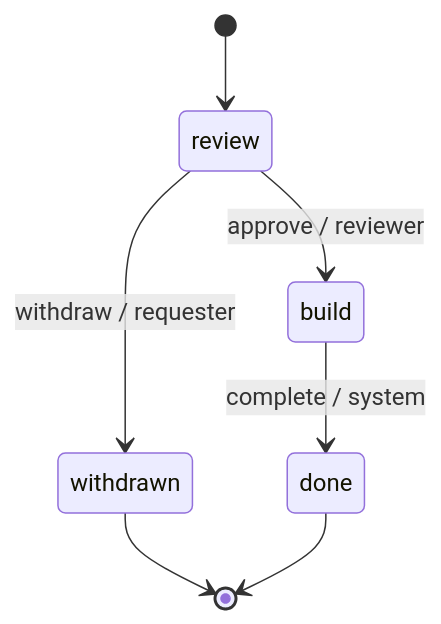
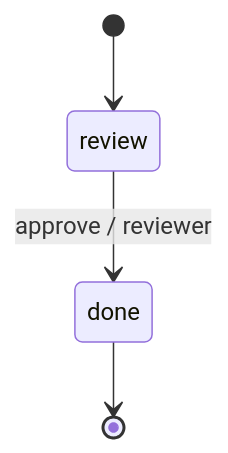
Before and after one commit to teopeurt/flowkit: the tenth of 10 diagrams in docs/definitions-deep-dive.md, drawn with Mermaid. The commit also changed other lines of this file and 1 other file, not shown here.

````diff
--- a/docs/definitions-deep-dive.md
+++ b/docs/definitions-deep-dive.md
@@ -300,9 +252,6 @@
 ```mermaid
 stateDiagram-v2
-  [*] --> review
-  review --> build: approve / reviewer
-  review --> withdrawn: withdraw / requester
-  build --> done: complete / system
-  withdrawn --> [*]
-  done --> [*]
+ [*] --> review
+ review --> done: approve / reviewer
+ done --> [*]
 ```
````
